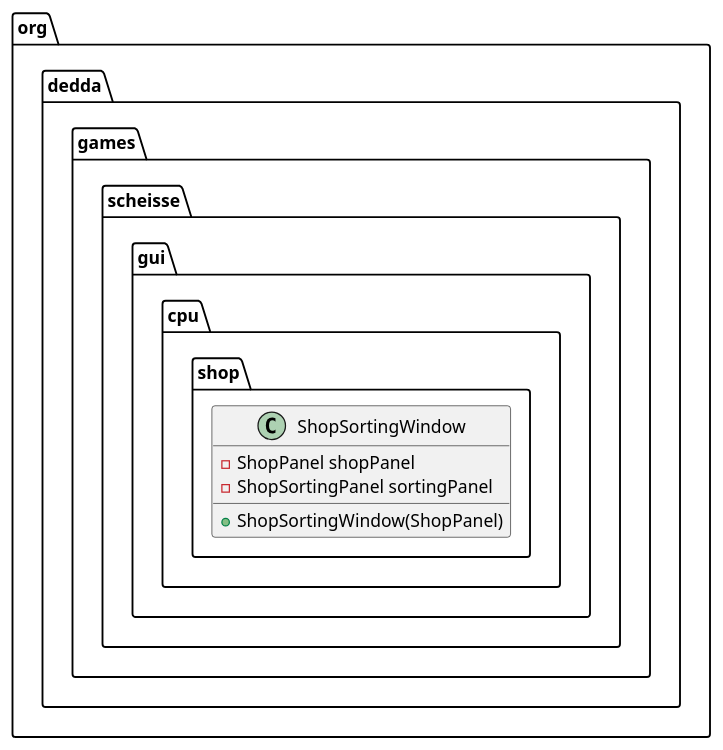
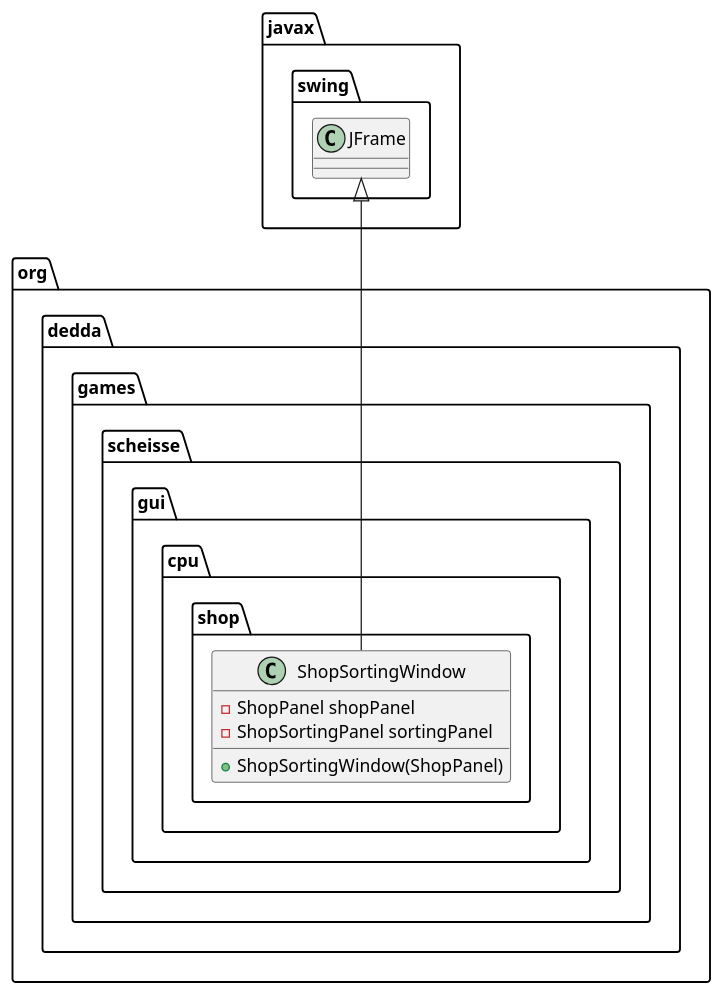
One commit to gitter-badger/scheisse changed the diagram in uml/classes/org.dedda.games.scheisse.gui.cpu.shop.ShopSortingWindow.puml. Above: the diagram before and after it, drawn with PlantUML. The commit also changed 16 other files, not shown here.

Commit message:
added more classes to uml and started to implement service client classes

```diff
--- a/uml/classes/org.dedda.games.scheisse.gui.cpu.shop.ShopSortingWindow.puml
+++ b/uml/classes/org.dedda.games.scheisse.gui.cpu.shop.ShopSortingWindow.puml
@@ -1,7 +1,11 @@
 @startuml
+class javax.swing.JFrame
+
 class org.dedda.games.scheisse.gui.cpu.shop.ShopSortingWindow{
     - ShopPanel shopPanel
     - ShopSortingPanel sortingPanel
     + ShopSortingWindow(ShopPanel)
 }
+
+javax.swing.JFrame <|-- org.dedda.games.scheisse.gui.cpu.shop.ShopSortingWindow
 @enduml
```
